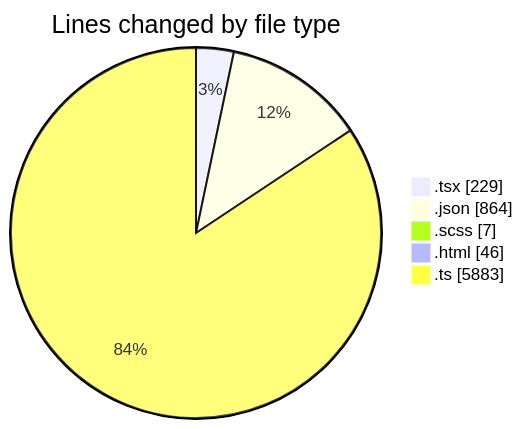
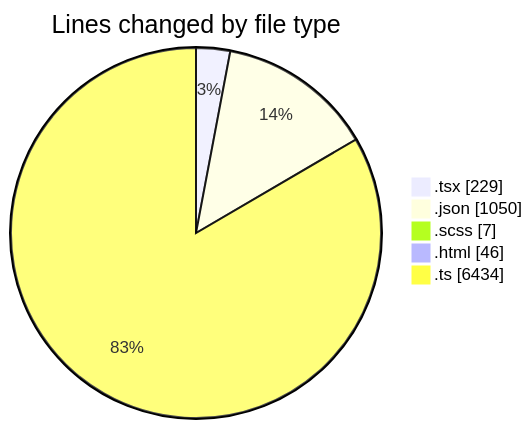
One commit to momahboobian/code-tracking changed the first of 2 diagrams in 2026-04-14/cda/README.md. Above: the diagram before and after it, drawn with Mermaid. The commit also changed other lines of this file and 1 other file, not shown here.

````diff
--- a/2026-04-14/cda/README.md
+++ b/2026-04-14/cda/README.md
@@ -34,9 +34,9 @@
 ```mermaid
 pie showData
 title Lines changed by file type
 ".tsx" : 229
-".json" : 864
+".json" : 1050
 ".scss" : 7
 ".html" : 46
-".ts" : 5883
+".ts" : 6434
 ```
````
